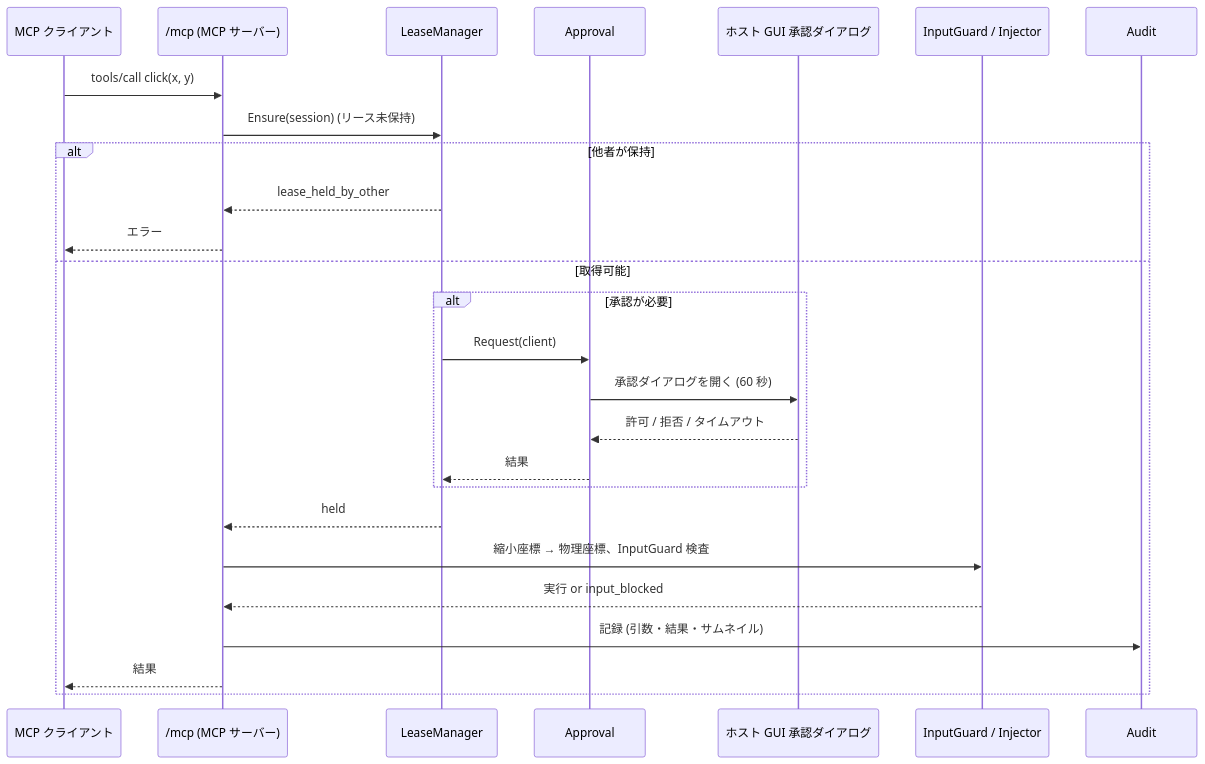
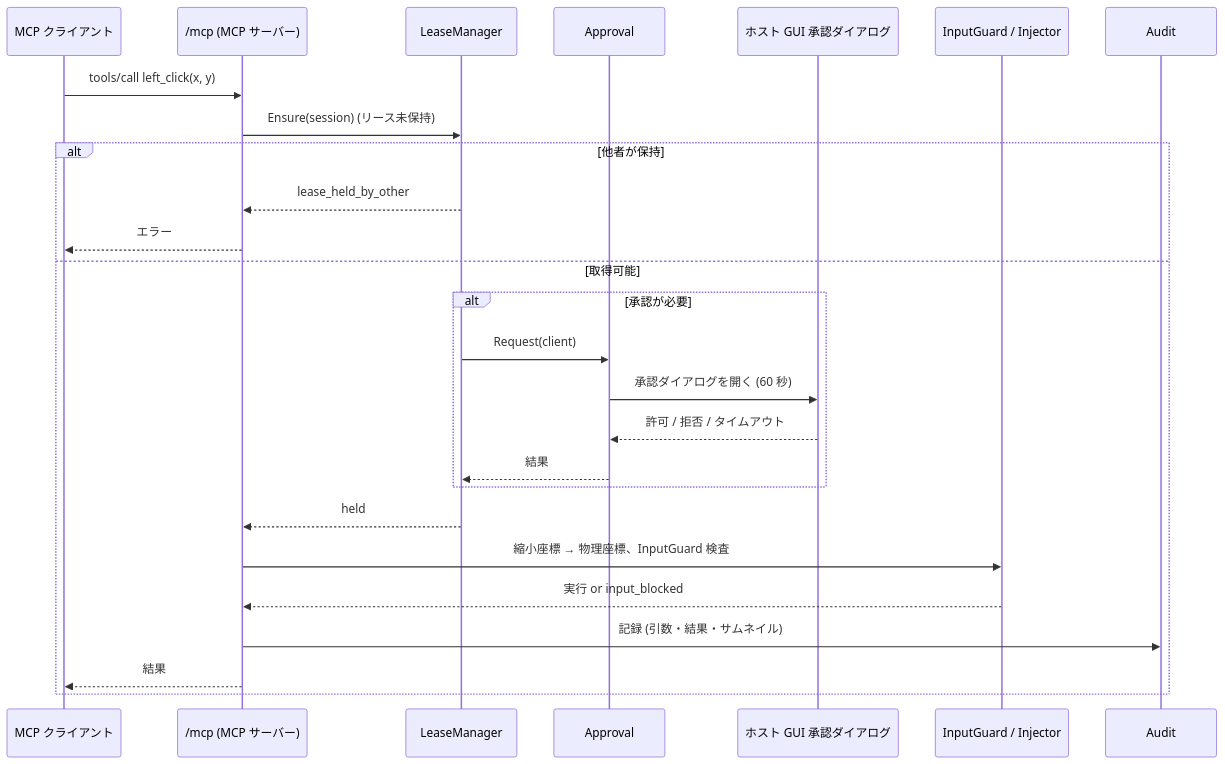
Before and after one commit to ousiassllc/puppet-remo: the fourth of 9 diagrams in docs/architecture/overview.md, drawn with Mermaid. The commit also changed other lines of this file and 4 other files, not shown here.

````diff
--- a/docs/architecture/overview.md
+++ b/docs/architecture/overview.md
@@ -170,28 +196,28 @@
 ```mermaid
 sequenceDiagram
     participant C as MCP クライアント
     participant M as /mcp (MCP サーバー)
     participant L as LeaseManager
     participant P as Approval
     participant G as ホスト GUI 承認ダイアログ
     participant I as InputGuard / Injector
     participant AU as Audit
-    C->>M: tools/call click(x, y)
+    C->>M: tools/call left_click(x, y)
     M->>L: Ensure(session) (リース未保持)
     alt 他者が保持
         L-->>M: lease_held_by_other
         M-->>C: エラー
     else 取得可能
         alt 承認が必要
             L->>P: Request(client)
             P->>G: 承認ダイアログを開く (60 秒)
             G-->>P: 許可 / 拒否 / タイムアウト
             P-->>L: 結果
         end
         L-->>M: held
         M->>I: 縮小座標 → 物理座標、InputGuard 検査
         I-->>M: 実行 or input_blocked
         M->>AU: 記録 (引数・結果・サムネイル)
         M-->>C: 結果
     end
 ```
````
